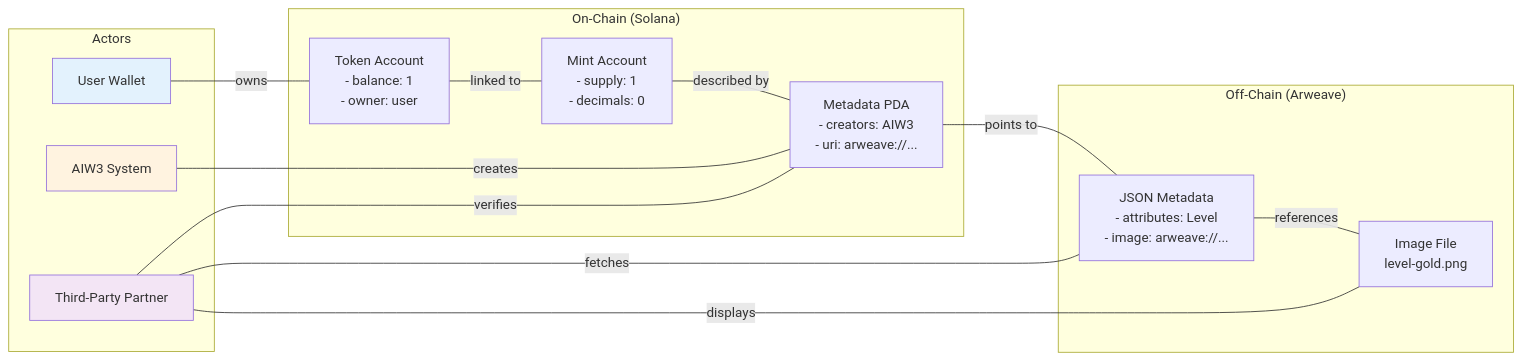
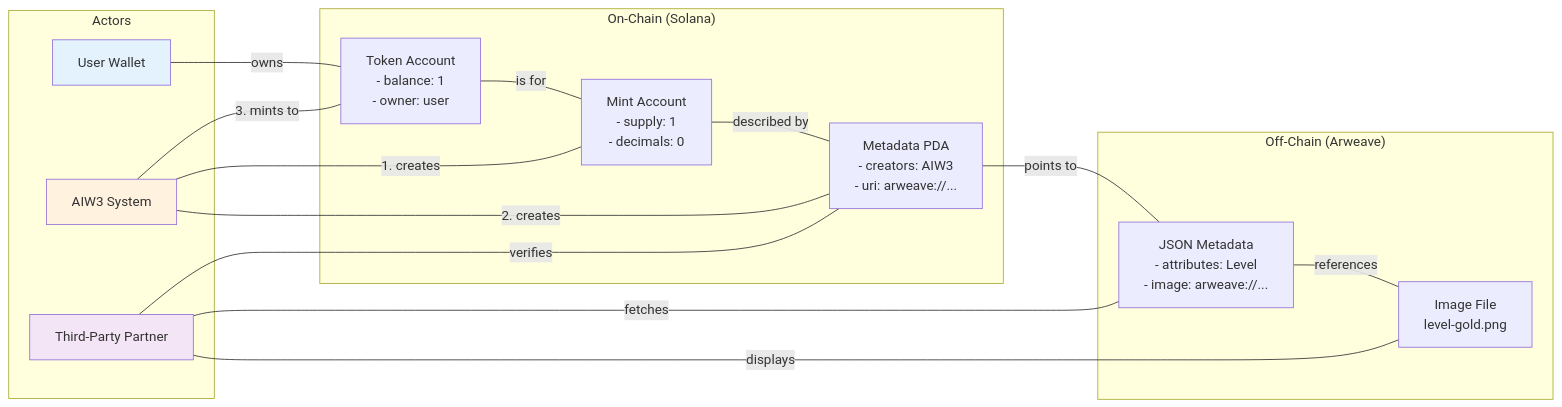
One commit to ljg-cqu/aiw3-nft-solana changed the third of 3 diagrams in docs/AIW3 NFT Ecosystem Integration: Decentralized Level Storage and Authenticity Verification.md. Above: the diagram before and after it, drawn with Mermaid.

Commit message:
Update process flow diagram to reflect sequential minting operations

````diff
--- a/docs/AIW3 NFT Ecosystem Integration: Decentralized Level Storage and Authenticity Verification.md
+++ b/docs/AIW3 NFT Ecosystem Integration: Decentralized Level Storage and Authenticity Verification.md
@@ -271,33 +271,35 @@
 ```mermaid
 graph LR
     subgraph "On-Chain (Solana)"
         PDA[Metadata PDA<br/>- creators: AIW3<br/>- uri: arweave://...]
         MINT[Mint Account<br/>- supply: 1<br/>- decimals: 0]
         TOKEN[Token Account<br/>- balance: 1<br/>- owner: user]
     end
     
     subgraph "Off-Chain (Arweave)"
         JSON[JSON Metadata<br/>- attributes: Level<br/>- image: arweave://...]
         IMG[Image File<br/>level-gold.png]
     end
     
     subgraph "Actors"
         USER[User Wallet]
         AIW3[AIW3 System]
         PARTNER[Third-Party Partner]
     end
     
     USER ---|owns| TOKEN
-    TOKEN ---|linked to| MINT
+    TOKEN ---|is for| MINT
     MINT ---|described by| PDA
-    AIW3 ---|creates| PDA
+    AIW3 ---|1. creates| MINT
+    AIW3 ---|2. creates| PDA
+    AIW3 ---|3. mints to| TOKEN
     PDA ---|points to| JSON
     JSON ---|references| IMG
     PARTNER ---|verifies| PDA
     PARTNER ---|fetches| JSON
     PARTNER ---|displays| IMG
     
     style USER fill:#e3f2fd
     style AIW3 fill:#fff3e0
     style PARTNER fill:#f3e5f5
 ```
````
